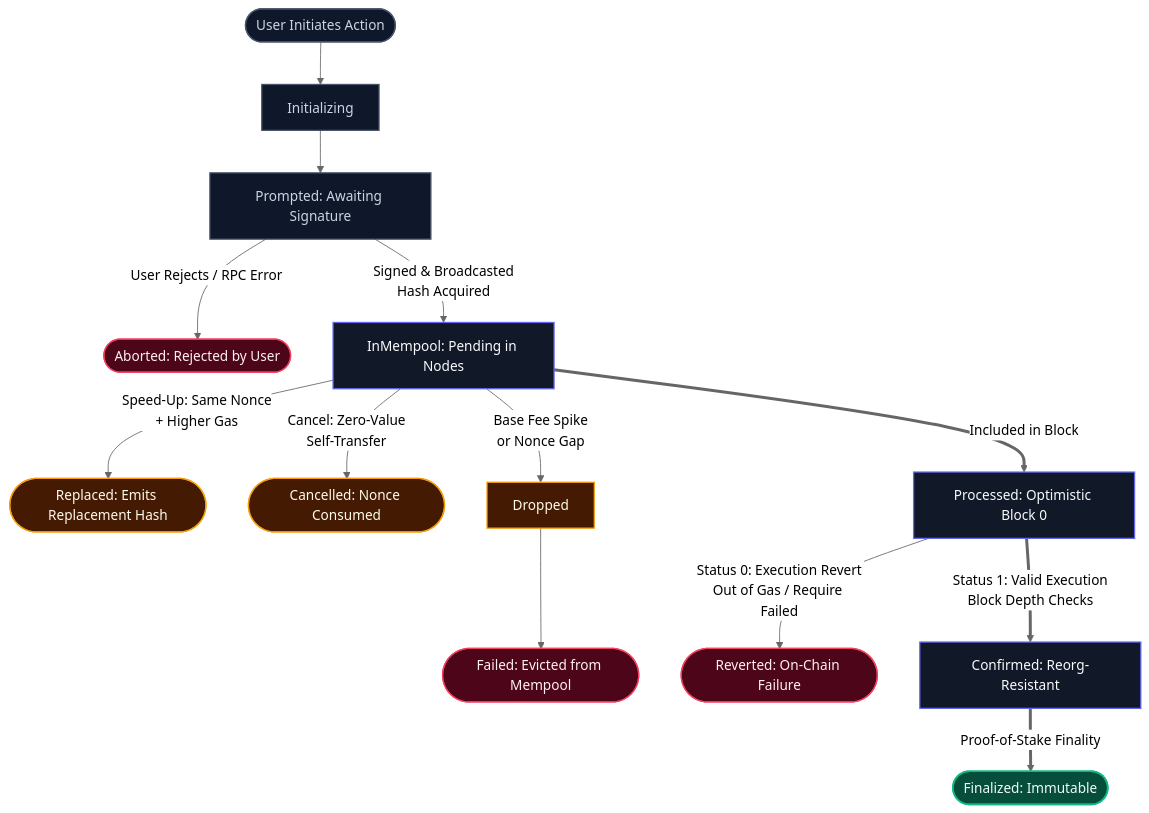
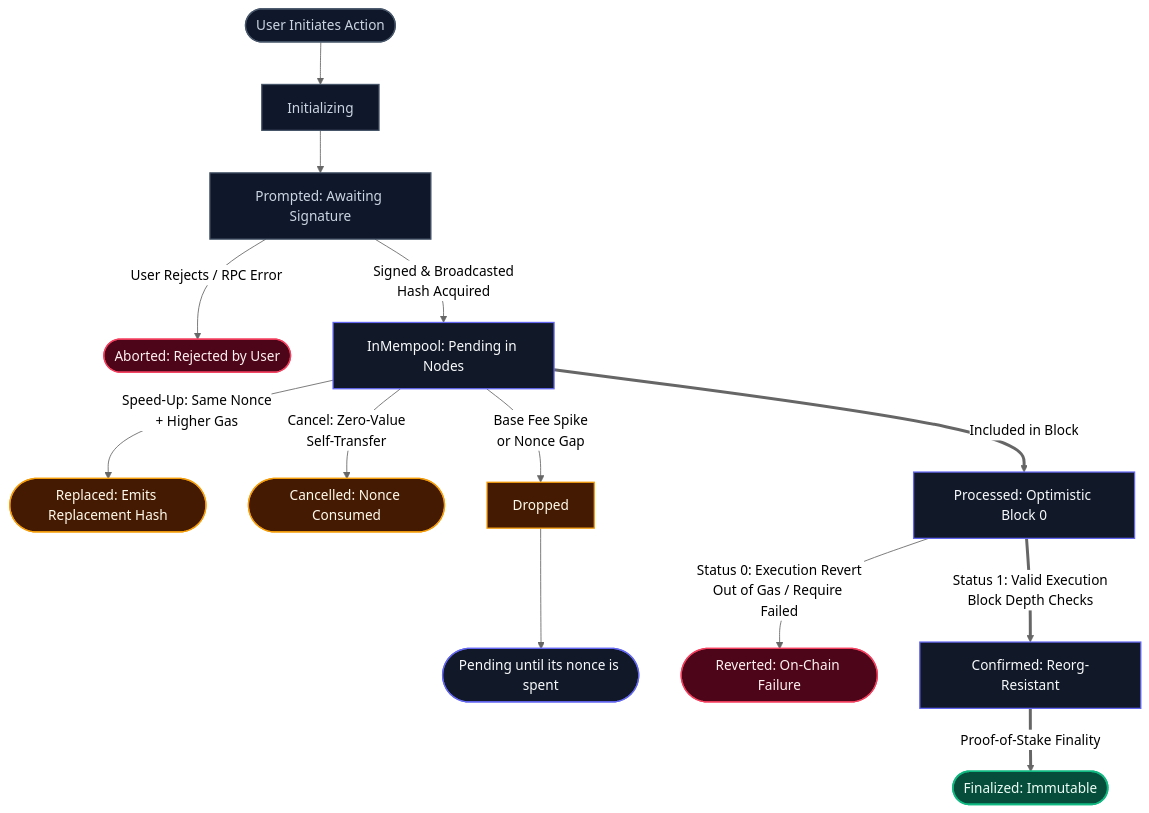
The diagram in apps/docs-hub/src/content/guides/why-web3-transaction-state-is-broken.mdx (TuwaIO/docs), drawn with Mermaid (neutral theme) before and after one commit. The commit also changed other lines of this file and 12 other files, not shown here.

````diff
--- a/apps/docs-hub/src/content/guides/why-web3-transaction-state-is-broken.mdx
+++ b/apps/docs-hub/src/content/guides/why-web3-transaction-state-is-broken.mdx
@@ -56,37 +56,37 @@
 ```mermaid
 flowchart TD
     %% Phase 1: Client & Wallet Signature
     Start([User Initiates Action]) --> Init[Initializing]
     Init --> Prompt[Prompted: Awaiting Signature]
 
     Prompt -->|User Rejects / RPC Error| Aborted([Aborted: Rejected by User])
     Prompt -->|Signed & Broadcasted<br/>Hash Acquired| Mempool[InMempool: Pending in Nodes]
 
     %% Phase 2: Mempool Layer & Edge Cases
     Mempool -->|Speed-Up: Same Nonce<br/>+ Higher Gas| Replaced([Replaced: Emits Replacement Hash])
 
     Mempool -->|Cancel: Zero-Value<br/>Self-Transfer| Cancelled([Cancelled: Nonce Consumed])
 
     Mempool -->|Base Fee Spike<br/>or Nonce Gap| Dropped[Dropped]
-    Dropped --> Failed([Failed: Evicted from Mempool])
+    Dropped --> Waits([Pending until its nonce is spent])
 
     %% Phase 3: Block Inclusion & Execution (Main Highway)
     Mempool ==>|Included in Block| Processed[Processed: Optimistic Block 0]
 
     Processed -->|Status 0: Execution Revert<br/>Out of Gas / Require Failed| Reverted([Reverted: On-Chain Failure])
     Processed ==>|Status 1: Valid Execution<br/>Block Depth Checks| Confirmed[Confirmed: Reorg-Resistant]
     Confirmed ==>|Proof-of-Stake Finality| Finalized([Finalized: Immutable])
 
     %% Styling
     classDef default fill:#111827,stroke:#6366f1,stroke-width:1.5px,color:#f8fafc;
     classDef success fill:#064e3b,stroke:#10b981,stroke-width:2px,color:#ecfdf5;
     classDef danger fill:#4c0519,stroke:#f43f5e,stroke-width:1.5px,color:#fff1f2;
     classDef warning fill:#451a03,stroke:#f59e0b,stroke-width:1.5px,color:#fffbeb;
     classDef neutral fill:#0f172a,stroke:#475569,stroke-width:1.5px,color:#cbd5e1;
 
     class Start,Init,Prompt neutral;
     class Finalized success;
     class Aborted,Reverted,Failed danger;
     class Cancelled,Replaced,Dropped warning;
     class Mempool,Processed,Confirmed default;
 ```
````
